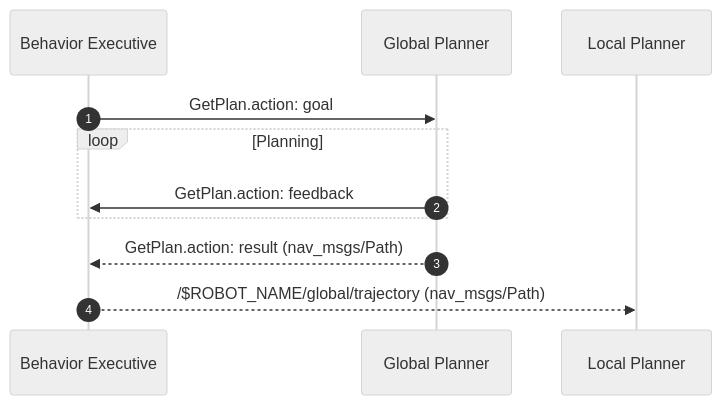
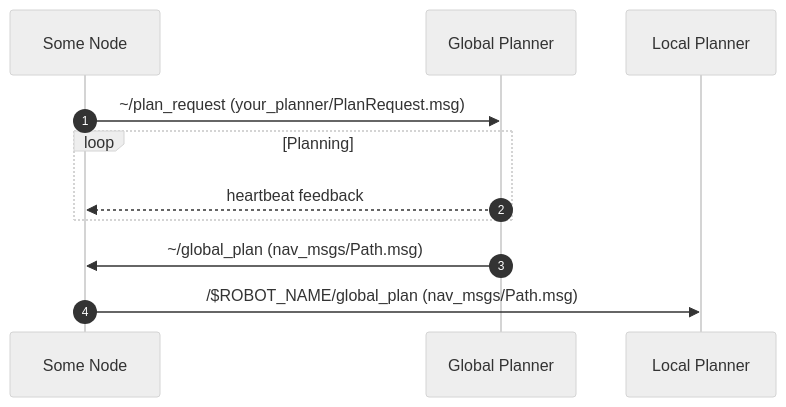
Before and after one commit to castacks/AirStack: the diagram in docs/robot/autonomy/4_global/planning.md, drawn with Mermaid (neutral theme). The commit also changed other lines of this file and 5 other files, not shown here.

First line of the commit message:
Update global planner ICD

````diff
--- a/docs/robot/autonomy/4_global/planning.md
+++ b/docs/robot/autonomy/4_global/planning.md
@@ -28,10 +30,10 @@
 ``` mermaid
 sequenceDiagram
   autonumber
-  Behavior Executive->>Global Planner: GetPlan.action: goal
+  Some Node->>Global Planner: ~/plan_request (your_planner/PlanRequest.msg)
   loop Planning
-      Global Planner->>Behavior Executive: GetPlan.action: feedback
+      Global Planner-->>Some Node: heartbeat feedback
   end
-  Global Planner-->>Behavior Executive: GetPlan.action: result (nav_msgs/Path)
-  Behavior Executive-->>Local Planner: /$ROBOT_NAME/global/trajectory (nav_msgs/Path)
+  Global Planner->>Some Node: ~/global_plan (nav_msgs/Path.msg)
+  Some Node->>Local Planner: /$ROBOT_NAME/global_plan (nav_msgs/Path.msg)
 ```
````
